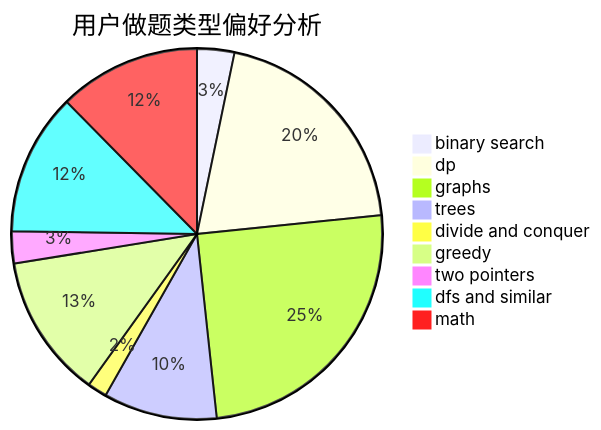
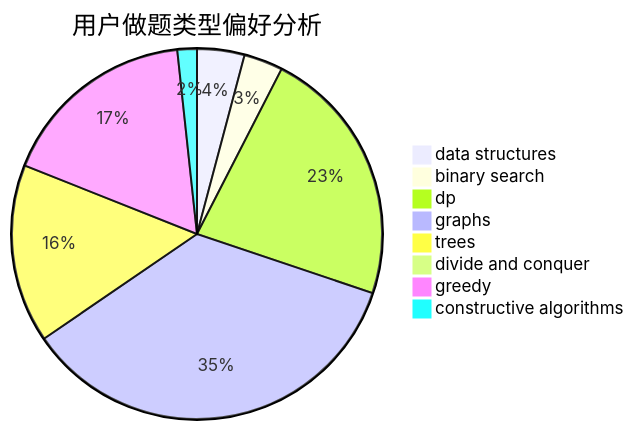
One commit to sherpahu/cfrs.github.io changed the second of 3 diagrams in docs/user/u700.md. Above: the diagram before and after it, drawn with Mermaid. The commit also changed other lines of this file and 2775 other files, not shown here.

````diff
--- a/docs/user/u700.md
+++ b/docs/user/u700.md
@@ -23,12 +23,11 @@
 ```mermaid
 pie title 用户做题类型偏好分析
-    "binary search" :  21
-    "dp" :  130
-    "graphs" :  161
+    "data structures" :  17
+    "binary search" :  14
+    "dp" :  93
+    "graphs" :  145
     "trees" :  64
-    "divide and conquer" :  11
-    "greedy" :  81
-    "two pointers" :  18
-    "dfs and similar" :  80
-    "math" :  80
+    "divide and conquer" :  0
+    "greedy" :  71
+    "constructive algorithms" :  7
 ```
````
